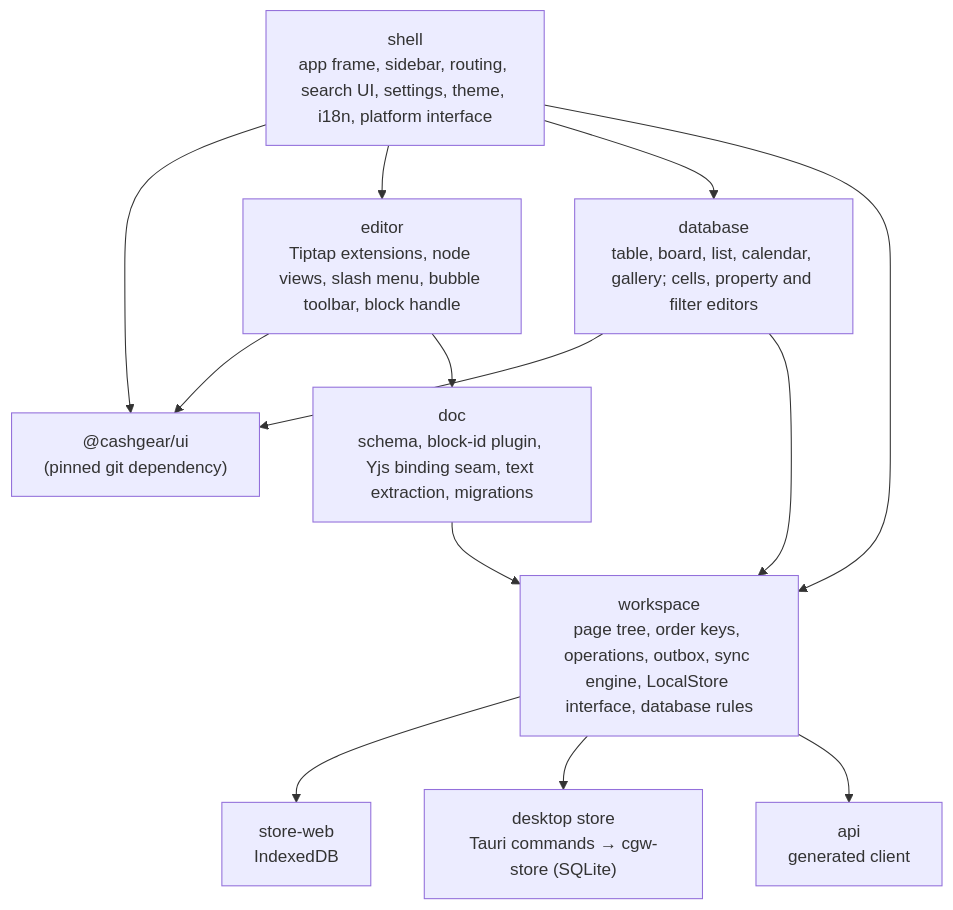
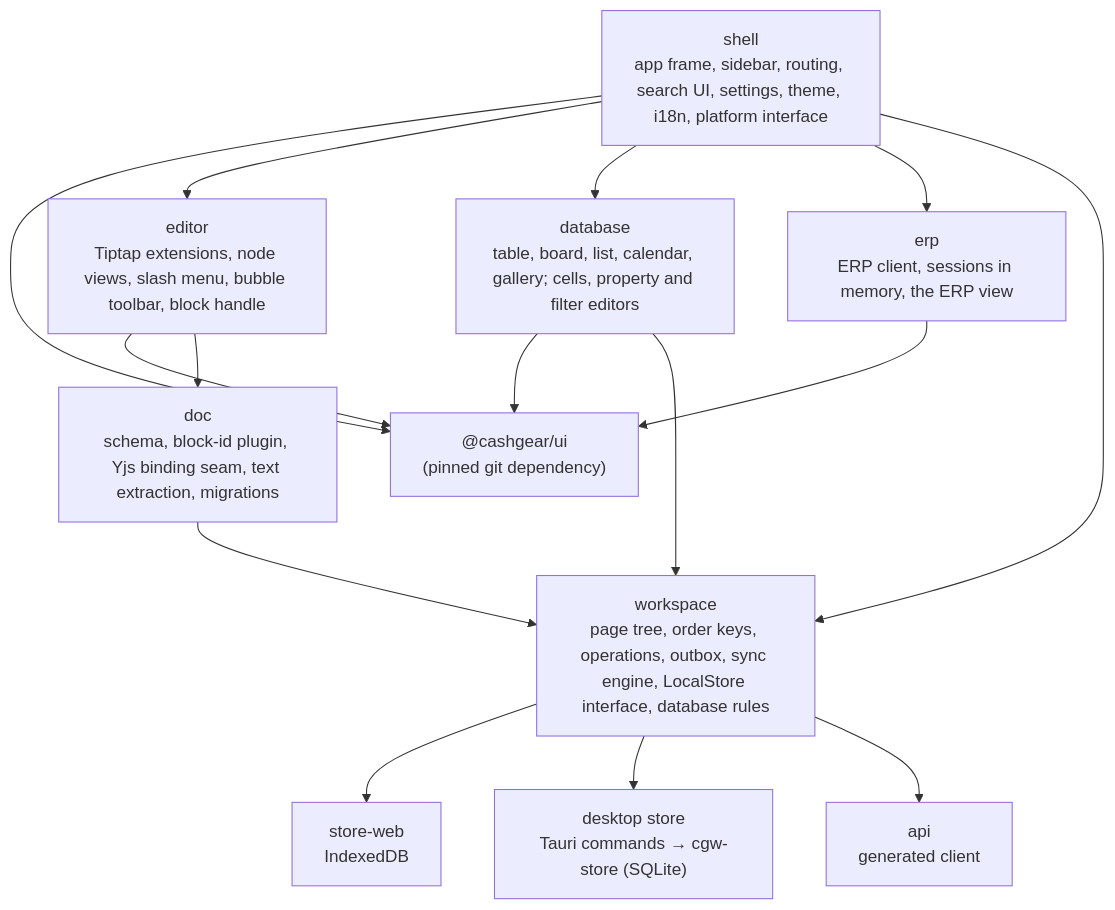
The second of 3 diagrams in docs/ARCHITECTURE.md (MohamedSadat/cashgear-workspace), drawn with Mermaid before and after one commit. The commit also changed other lines of this file and 6 other files, not shown here.

````diff
--- a/docs/ARCHITECTURE.md
+++ b/docs/ARCHITECTURE.md
@@ -134,25 +135,28 @@
 ```mermaid
 flowchart TB
   UI["@cashgear/ui<br/>(pinned git dependency)"]
   Shell["shell<br/>app frame, sidebar, routing, search UI, settings, theme, i18n, platform interface"]
   Editor["editor<br/>Tiptap extensions, node views, slash menu, bubble toolbar, block handle"]
   Database["database<br/>table, board, list, calendar, gallery; cells, property and filter editors"]
   Doc["doc<br/>schema, block-id plugin, Yjs binding seam, text extraction, migrations"]
   Workspace["workspace<br/>page tree, order keys, operations, outbox, sync engine, LocalStore interface, database rules"]
   StoreWeb["store-web<br/>IndexedDB"]
   StoreDesk["desktop store<br/>Tauri commands → cgw-store (SQLite)"]
   Api["api<br/>generated client"]
+  Erp["erp<br/>ERP client, sessions in memory, the ERP view"]
 
   Shell --> UI
   Editor --> UI
   Database --> UI
   Shell --> Editor
   Shell --> Database
+  Shell --> Erp
+  Erp --> UI
   Database --> Workspace
   Shell --> Workspace
   Editor --> Doc
   Doc --> Workspace
   Workspace --> StoreWeb
   Workspace --> StoreDesk
   Workspace --> Api
 ```
````
